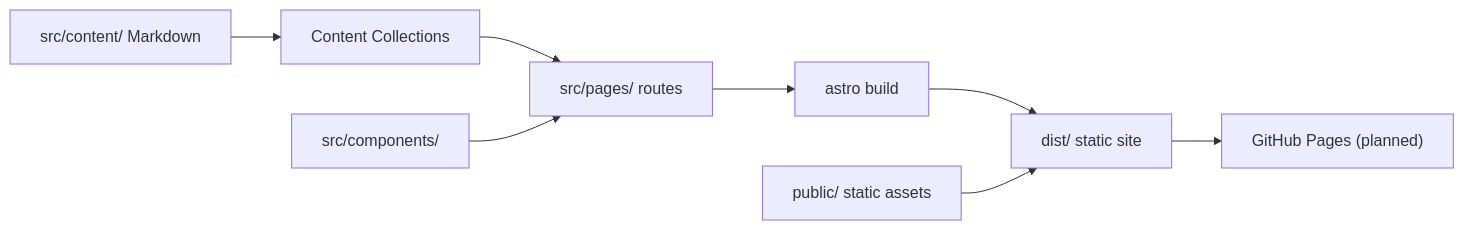
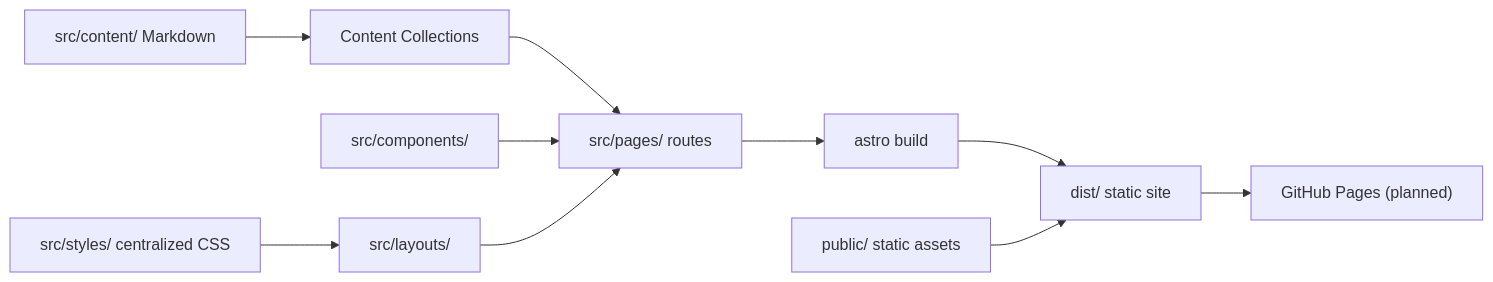
The diagram in aidd_docs/memory/architecture.md (humanuoid/emonin.dev), drawn with Mermaid before and after one commit. The commit also changed other lines of this file and 2 other files, not shown here.

Commit message:
chore(memory): refresh memory for centralized design system

````diff
--- a/aidd_docs/memory/architecture.md
+++ b/aidd_docs/memory/architecture.md
@@ -13,6 +13,7 @@
 ```mermaid
 flowchart LR
     md["src/content/ Markdown"] --> cc["Content Collections"] --> pages["src/pages/ routes"] --> build["astro build"] --> dist["dist/ static site"] --> pagesdeploy["GitHub Pages (planned)"]
     components["src/components/"] --> pages
+    styles["src/styles/ centralized CSS"] --> layout["src/layouts/"] --> pages
     public["public/ static assets"] --> dist
 ```
````
